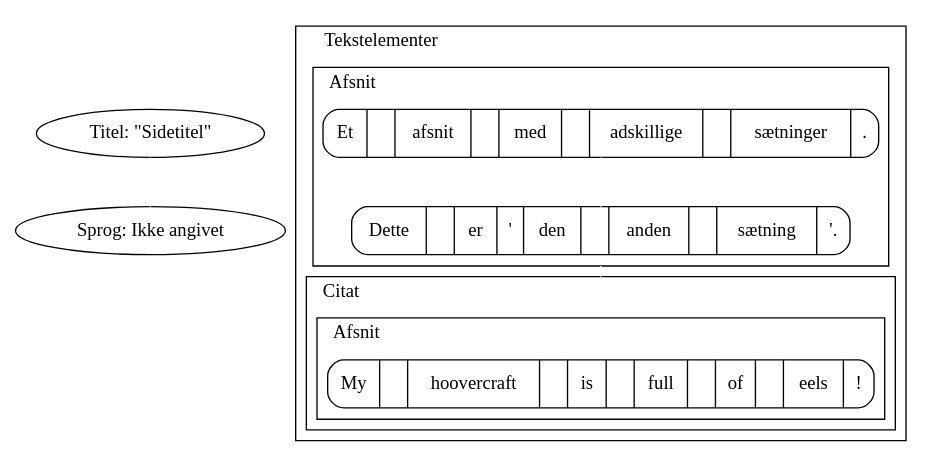
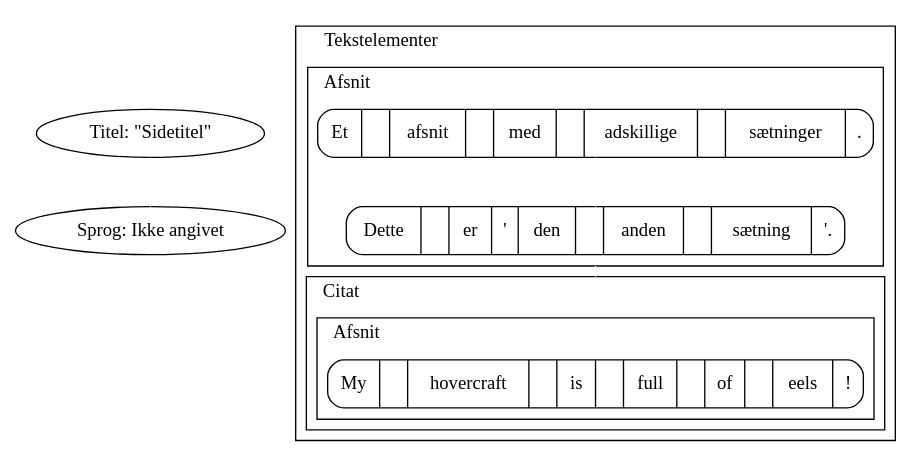
One commit to athas/webanalyzer changed the diagram in rapport/document.dot. Above: the diagram before and after it, drawn with Graphviz. The commit also changed 3 other files, not shown here.

First line of the commit message:
hoovercraft -> hovercraft i illustrationer

```diff
--- a/rapport/document.dot
+++ b/rapport/document.dot
@@ -1,33 +1,33 @@
 digraph G
 {
         compound=true;
         Titel[label="Titel: \"Sidetitel\""];
         Sprog[label="Sprog: Ikke angivet"];
         Titel -> Sprog [color="white", arrowhead="none"];
         
         subgraph cluster_tekstelementer
         {
                 labeljust="l"
                 label="Tekstelementer";
 
                 subgraph cluster_citat
                 {
                         label="Citat";
                         subgraph cluster_afsnit2
                         {
                                 label="Afsnit";
 
-                                struct3 [label="My| |hoovercraft| |is| |full| |of| |eels|!", shape=Mrecord];
+                                struct3 [label="My| |hovercraft| |is| |full| |of| |eels|!", shape=Mrecord];
                         }
                 }
 
                 subgraph cluster_afsnit
                 {
                         label="Afsnit";
                         struct2 [label="Dette| |er| '|den| |anden| |sætning|'.", shape=Mrecord];
                         struct1 [label="Et|\ |afsnit| |med| |adskillige| |sætninger|.", shape=Mrecord];
                         struct1 -> struct2 [color="white", len="0.2", arrowhead="none"];
                 }
                 struct2 -> struct3 [ltail=cluster_afsnit, lhead=cluster_citat, color="white", arrowhead="none"];
         }
 }
```
